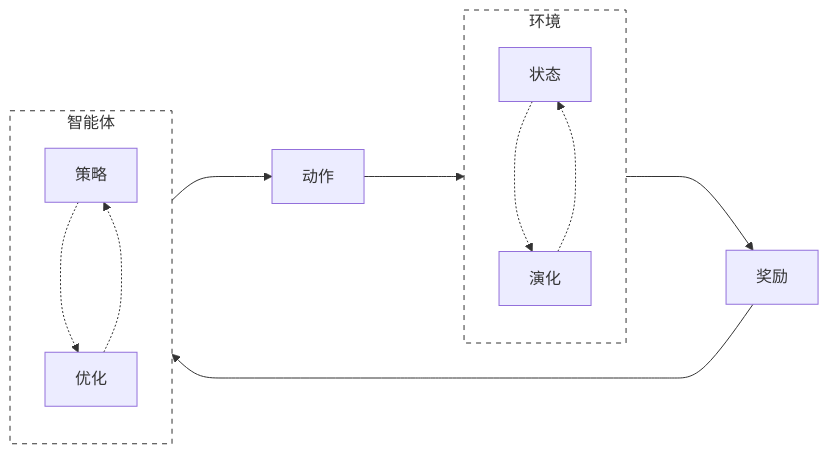
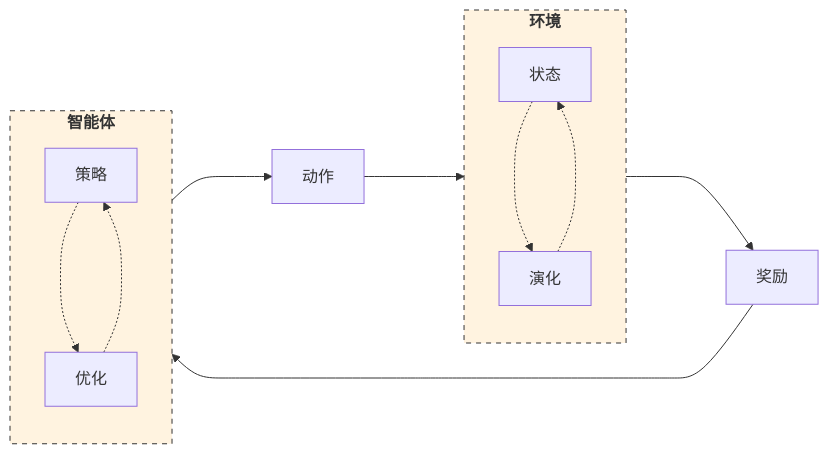
The fourth of 6 diagrams in source/_posts/computer/AI学习/强化学习初步.md (Aquietzero/nullspace), drawn with Mermaid before and after one commit. The commit also changed other lines of this file, not shown here.

````diff
--- a/source/_posts/computer/AI学习/强化学习初步.md
+++ b/source/_posts/computer/AI学习/强化学习初步.md
@@ -125,22 +133,22 @@
 ```mermaid
 graph LR
-    subgraph Env["环境"]
+    subgraph Env[<b>环境</b>]
         direction TB
-        State["状态"] -..-> Evolution["演化"]
+        State[状态] -..-> Evolution[演化]
         Evolution -..-> State
     end
 
-    subgraph Agent["智能体"]
+    subgraph Agent[<b>智能体</b>]
         direction TB
-        Policy["策略"] -..-> Optimization["优化"]
+        Policy[策略] -..-> Optimization[优化]
         Optimization -..-> Policy
     end
 
-    Env ---> Reward["奖励"]
+    Env ---> Reward[奖励]
     Reward ---> Agent
-    Agent ---> Action["动作"]
+    Agent ---> Action[动作]
     Action ---> Env
 
-    style Agent fill:#fff,stroke:#333,stroke-dasharray: 5 5
-    style Env fill:#fff,stroke:#333,stroke-dasharray: 5 5
+    style Agent fill:#fff3e0,stroke:#333,stroke-dasharray: 5 5
+    style Env fill:#fff3e0,stroke:#333,stroke-dasharray: 5 5
 ```
````
